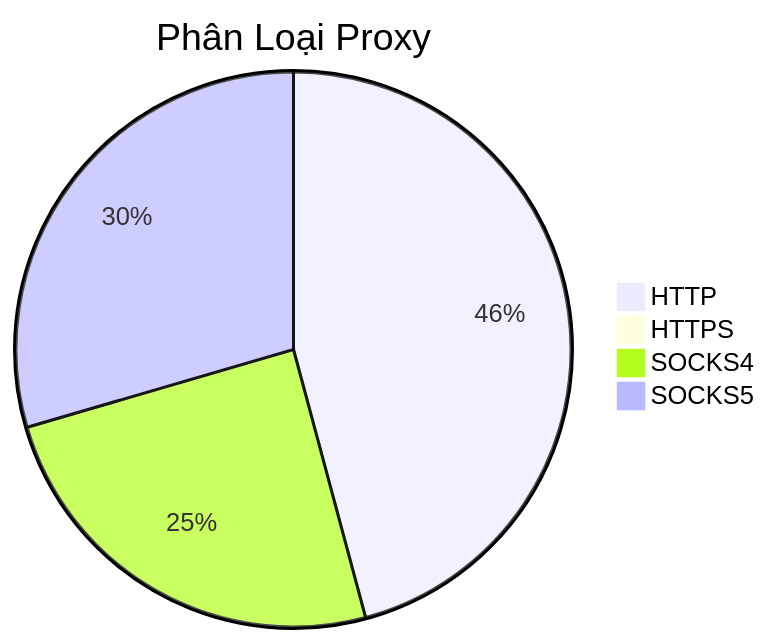
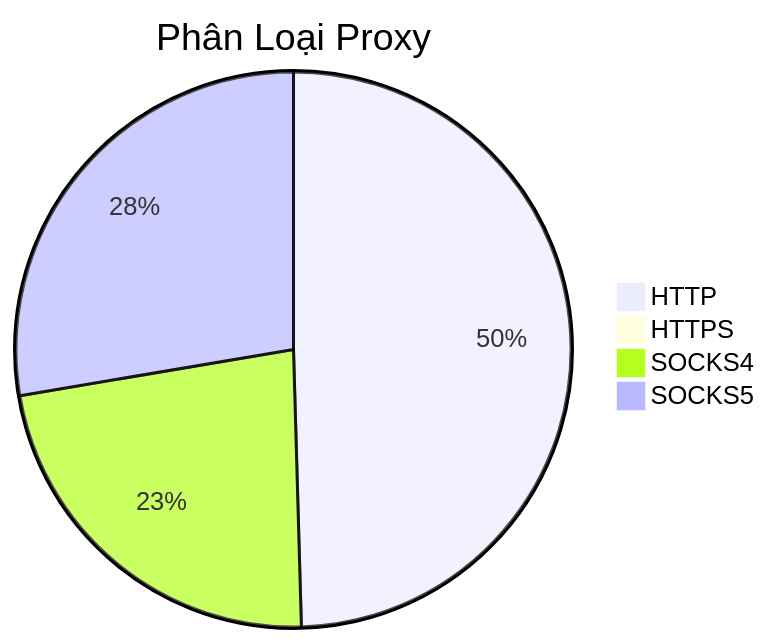
One commit to Ciara-12/PROXY-free changed the diagram in README.md. Above: the diagram before and after it, drawn with Mermaid. The commit also changed other lines of this file and 4 other files, not shown here.

````diff
--- a/README.md
+++ b/README.md
@@ -26,7 +26,7 @@
 ```mermaid
 pie title Phân Loại Proxy
-    "HTTP" : 537
-    "HTTPS" : 0
-    "SOCKS4" : 289
-    "SOCKS5" : 346
+    "HTTP" : 600
+    "HTTPS" : 1
+    "SOCKS4" : 276
+    "SOCKS5" : 335
 ```
````
